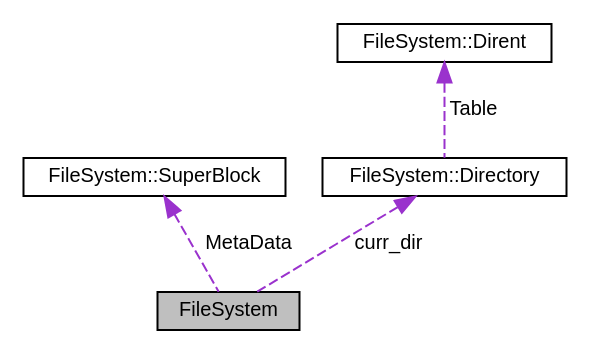
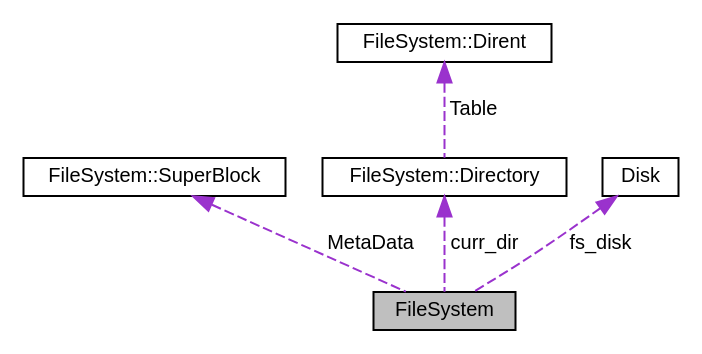
One commit to rudradesai200/SimpleFS changed the diagram in docs/classFileSystem__coll__graph.dot. Above: the diagram before and after it, drawn with Graphviz. The commit also changed 90 other files, not shown here.

```diff
--- a/docs/classFileSystem__coll__graph.dot
+++ b/docs/classFileSystem__coll__graph.dot
@@ -1,13 +1,15 @@
 digraph "FileSystem"
 {
  // LATEX_PDF_SIZE
   edge [fontname="Helvetica",fontsize="10",labelfontname="Helvetica",labelfontsize="10"];
   node [fontname="Helvetica",fontsize="10",shape=record];
   Node1 [label="FileSystem",height=0.2,width=0.4,color="black", fillcolor="grey75", style="filled", fontcolor="black",tooltip="FileSytem Class. Contains fs layer to access and store disk blocks. Used by sfssh (shell) to provide ..."];
   Node2 -> Node1 [dir="back",color="darkorchid3",fontsize="10",style="dashed",label=" MetaData" ,fontname="Helvetica"];
   Node2 [label="FileSystem::SuperBlock",height=0.2,width=0.4,color="black", fillcolor="white", style="filled",URL="$structFileSystem_1_1SuperBlock.html",tooltip="Superblock structure. It is the first block in any disk. It's main function is to help validating the..."];
   Node3 -> Node1 [dir="back",color="darkorchid3",fontsize="10",style="dashed",label=" curr_dir" ,fontname="Helvetica"];
   Node3 [label="FileSystem::Directory",height=0.2,width=0.4,color="black", fillcolor="white", style="filled",URL="$structFileSystem_1_1Directory.html",tooltip="Directory Structure. Contains a table of directory entries for storing hierarchy. Also contains field..."];
   Node4 -> Node3 [dir="back",color="darkorchid3",fontsize="10",style="dashed",label=" Table" ,fontname="Helvetica"];
   Node4 [label="FileSystem::Dirent",height=0.2,width=0.4,color="black", fillcolor="white", style="filled",URL="$structFileSystem_1_1Dirent.html",tooltip="Directory Entry. Contains necessary fields to locate the file and directory Consumes 64 KB per object..."];
+  Node5 -> Node1 [dir="back",color="darkorchid3",fontsize="10",style="dashed",label=" fs_disk" ,fontname="Helvetica"];
+  Node5 [label="Disk",height=0.2,width=0.4,color="black", fillcolor="white", style="filled",URL="$classDisk.html",tooltip="Disk class Implements Disk abstraction that enables emulation of a disk image. Used by file system to..."];
 }
```
